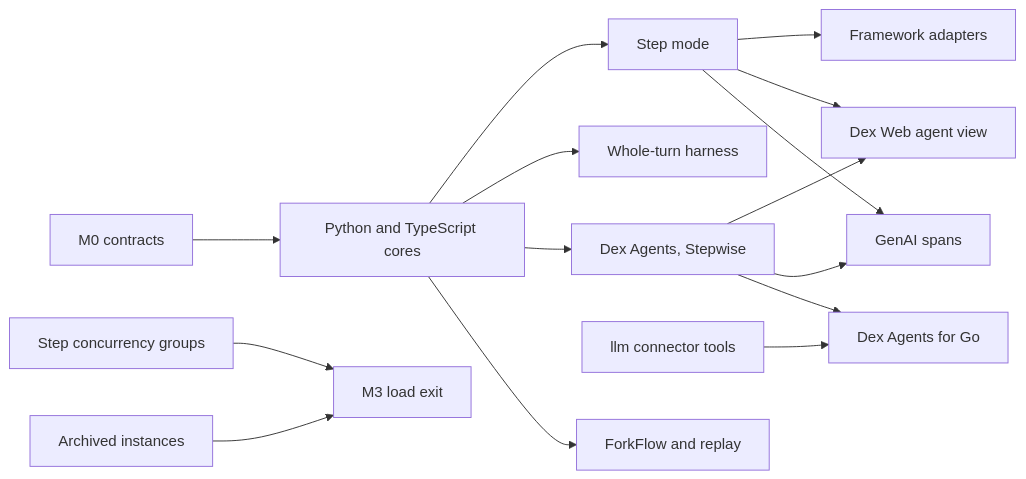
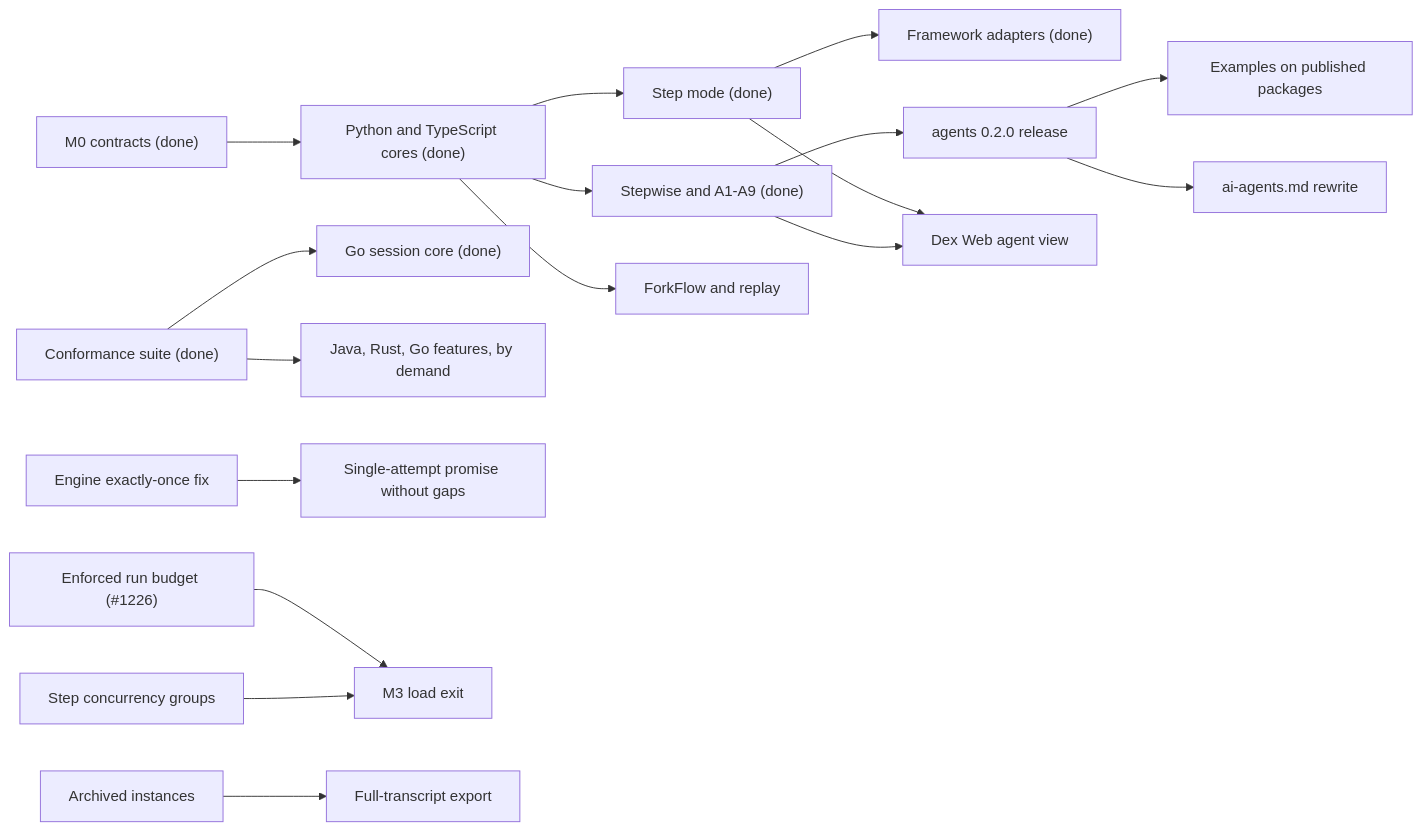
The third of 3 diagrams in docs/design/long-running-agents.md (superdurable/dex), drawn with Mermaid before and after one commit. The commit also changed other lines of this file and 1 other file, not shown here.

First line of the commit message:
Update the long-running agents design to what was built in M1 and M2

````diff
--- a/docs/design/long-running-agents.md
+++ b/docs/design/long-running-agents.md
@@ -1022,17 +1282,19 @@
 ```mermaid
 flowchart LR
-  contracts["M0 contracts"] --> cores["Python and TypeScript cores"]
-  cores --> stepmode["Step mode"]
-  stepmode --> adapters["Framework adapters"]
-  cores --> harness["Whole-turn harness"]
-  cores --> stepwise["Dex Agents, Stepwise"]
+  contracts["M0 contracts (done)"] --> cores["Python and TypeScript cores (done)"]
+  cores --> stepmode["Step mode (done)"]
+  stepmode --> adapters["Framework adapters (done)"]
+  cores --> stepwise["Stepwise and A1-A9 (done)"]
+  stepwise --> release["agents 0.2.0 release"]
+  release --> examples["Examples on published packages"]
+  release --> skill["ai-agents.md rewrite"]
+  conformance["Conformance suite (done)"] --> go["Go session core (done)"]
+  conformance --> later["Java, Rust, Go features, by demand"]
   stepmode --> web["Dex Web agent view"]
   stepwise --> web
-  stepmode --> otel["GenAI spans"]
-  stepwise --> otel
-  llmtools["llm connector tools"] --> godex["Dex Agents for Go"]
-  stepwise --> godex
+  engine["Engine exactly-once fix"] --> singleattempt["Single-attempt promise without gaps"]
+  budget["Enforced run budget (#1226)"] --> scale["M3 load exit"]
+  groups["Step concurrency groups"] --> scale
+  archive["Archived instances"] --> export["Full-transcript export"]
   cores --> fork["ForkFlow and replay"]
-  groups["Step concurrency groups"] --> scale["M3 load exit"]
-  archive["Archived instances"] --> scale
 ```
````
